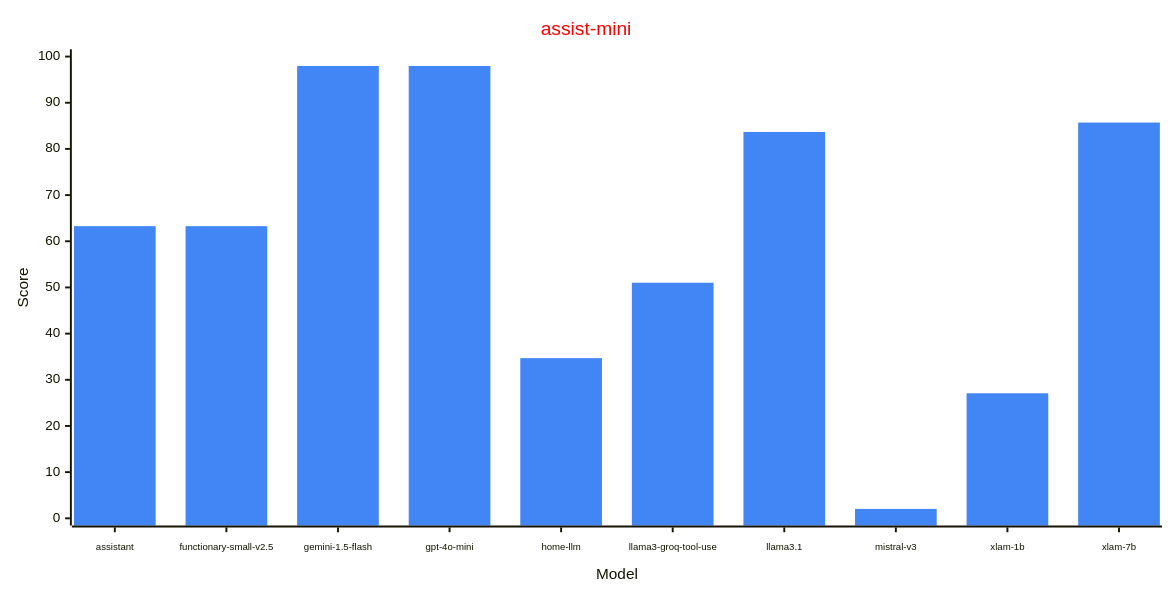
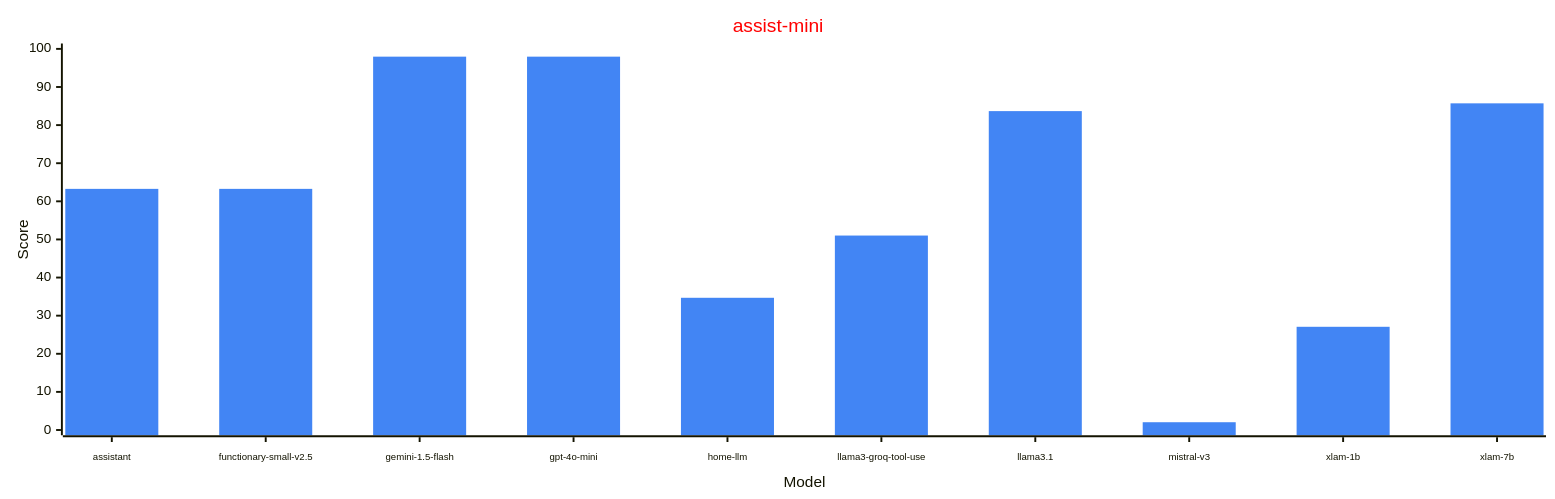
The second of 3 diagrams in reports/leaderboard.md (allenporter/home-assistant-datasets), drawn with Mermaid before and after one commit. The commit also changed other lines of this file and 1 other file, not shown here.

````diff
--- a/reports/leaderboard.md
+++ b/reports/leaderboard.md
@@ -39,21 +39,21 @@
 ```mermaid
 ---
 config:
     xyChart:
-        width: 1200
-        height: 600
+        width: 1600
+        height: 500
         xAxis:
           labelFontSize: 10
           labelPadding: 10
     themeVariables:
         xyChart:
             titleColor: "#ff0000"
             plotColorPalette: "#4285f4, #ea4335, #fbbc04, #34a853, #ff6d01, #46bdc6, #1155cc"
 
 ---
 xychart-beta
   title "assist-mini"
   x-axis "Model" [assistant, functionary-small-v2.5, gemini-1.5-flash, gpt-4o-mini, home-llm, llama3-groq-tool-use, llama3.1, mistral-v3, xlam-1b, xlam-7b]
   y-axis "Score" 0 --> 100
   bar [63.27, 63.27, 97.96, 97.96, 34.69, 51.02, 83.67, 2.04, 27.08, 85.71]
 ```
````
